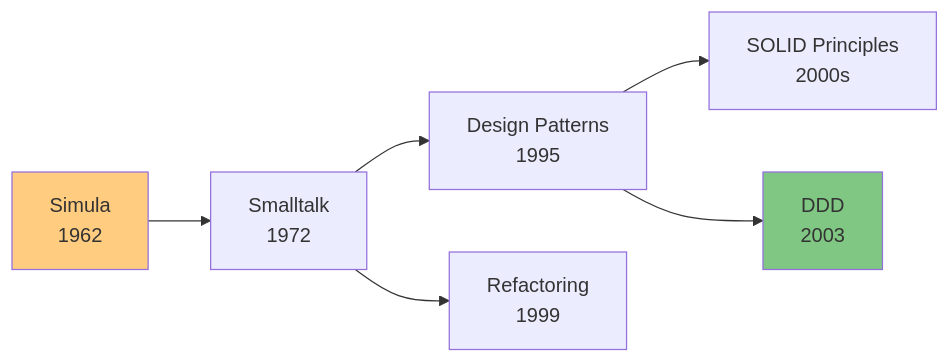
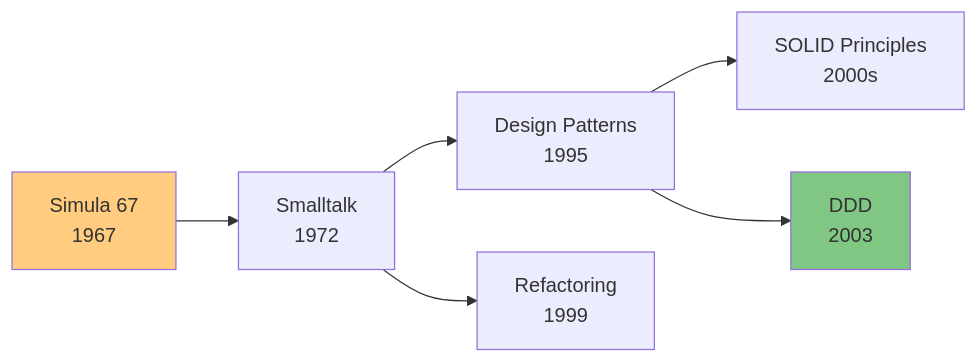
Before and after one commit to akardapolov/software-atlas: the third of 6 diagrams in docs/maps/ideas-evolution.md, drawn with Mermaid. The commit also changed other lines of this file and 5 other files, not shown here.

Commit message:
fix: update OOP history timeline data

````diff
--- a/docs/maps/ideas-evolution.md
+++ b/docs/maps/ideas-evolution.md
@@ -124,11 +124,11 @@
 ```mermaid
 flowchart LR
-    Simula62["Simula<br/>1962"] --> Smalltalk72["Smalltalk<br/>1972"]
+    Simula67["Simula 67<br/>1967"] --> Smalltalk72["Smalltalk<br/>1972"]
     Smalltalk72 --> GoF95["Design Patterns<br/>1995"]
     GoF95 --> SOLID["SOLID Principles<br/>2000s"]
     Smalltalk72 --> Refactoring99["Refactoring<br/>1999"]
     GoF95 --> DDD03["DDD<br/>2003"]
 
-    style Simula62 fill:#ffcc80
+    style Simula67 fill:#ffcc80
     style DDD03 fill:#81c784
 ```
````
